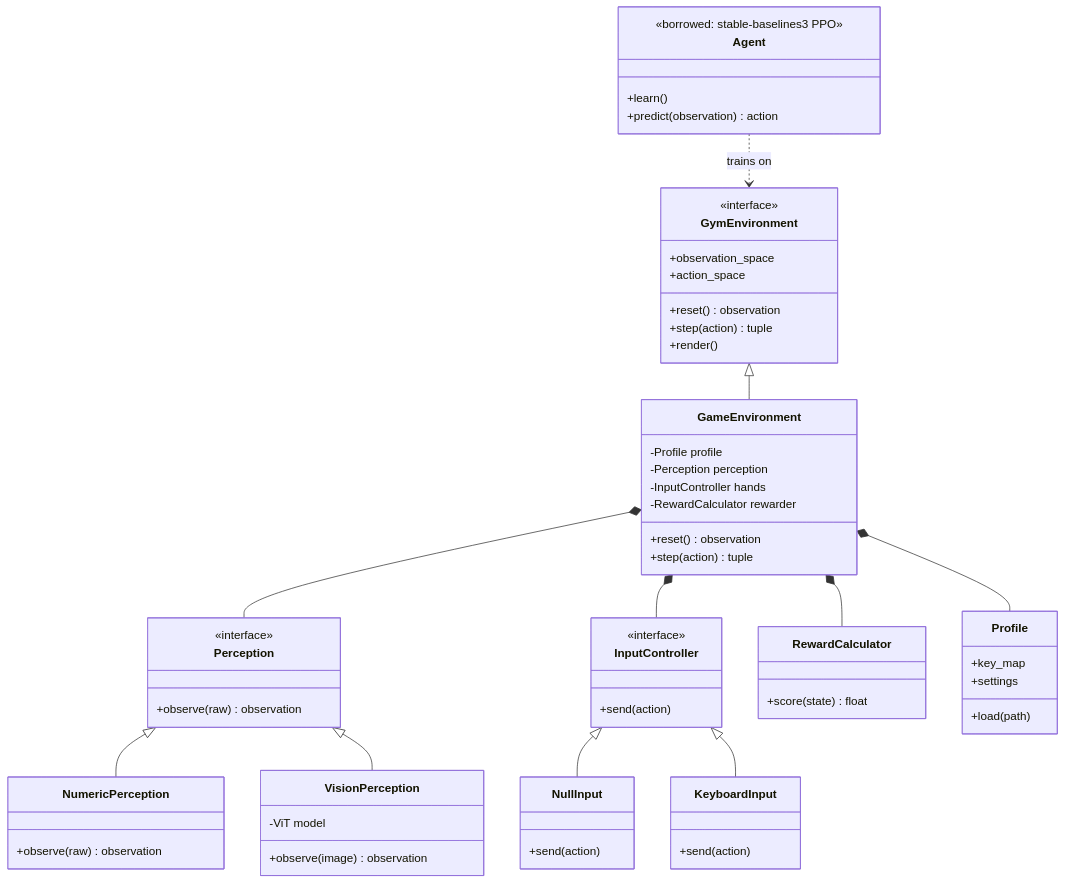
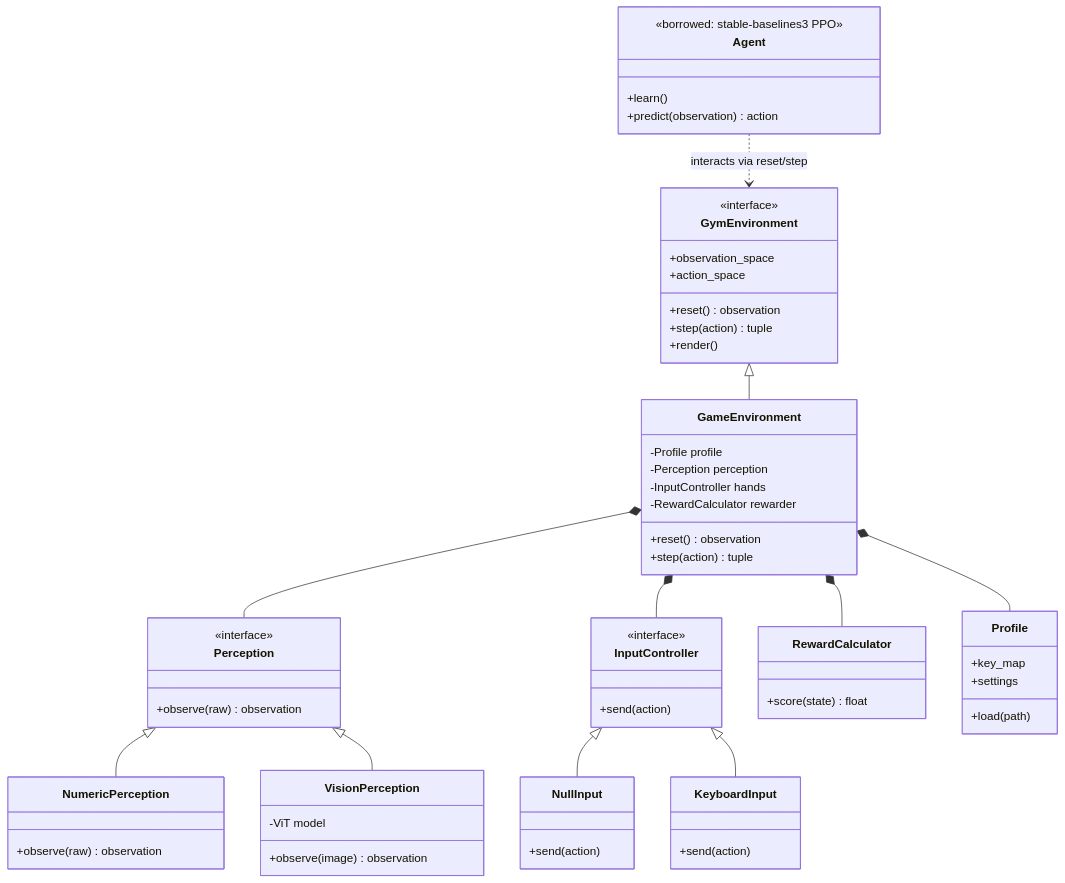
The diagram in docs/PRD.md (Showerss/GameTrainer), drawn with Mermaid before and after one commit. The commit also changed other lines of this file and 5 other files, not shown here.

````diff
--- a/docs/PRD.md
+++ b/docs/PRD.md
@@ -109,71 +109,70 @@
 ```mermaid
 classDiagram
     class GymEnvironment {
         <<interface>>
         +reset() observation
         +step(action) tuple
         +render()
         +observation_space
         +action_space
     }
 
     class GameEnvironment {
         -Profile profile
         -Perception perception
         -InputController hands
         -RewardCalculator rewarder
         +reset() observation
         +step(action) tuple
     }
 
     class Perception {
         <<interface>>
         +observe(raw) observation
     }
     class NumericPerception {
         +observe(raw) observation
     }
     class VisionPerception {
         -ViT model
         +observe(image) observation
     }
 
     class InputController {
         <<interface>>
         +send(action)
     }
     class NullInput {
         +send(action)
     }
     class KeyboardInput {
         +send(action)
     }
 
     class RewardCalculator {
         +score(state) float
     }
 
     class Profile {
         +key_map
         +settings
         +load(path)
     }
 
     class Agent {
         <<borrowed: stable-baselines3 PPO>>
         +learn()
         +predict(observation) action
     }
 
     GymEnvironment <|-- GameEnvironment
     Perception <|-- NumericPerception
     Perception <|-- VisionPerception
     InputController <|-- NullInput
     InputController <|-- KeyboardInput
-
     GameEnvironment *-- Perception
     GameEnvironment *-- InputController
     GameEnvironment *-- RewardCalculator
     GameEnvironment *-- Profile
-    Agent ..> GymEnvironment : trains on
+    Agent ..> GymEnvironment : interacts via reset/step
 ```
````
